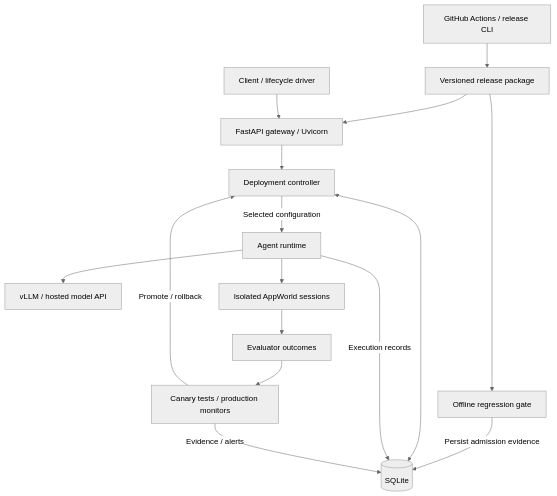
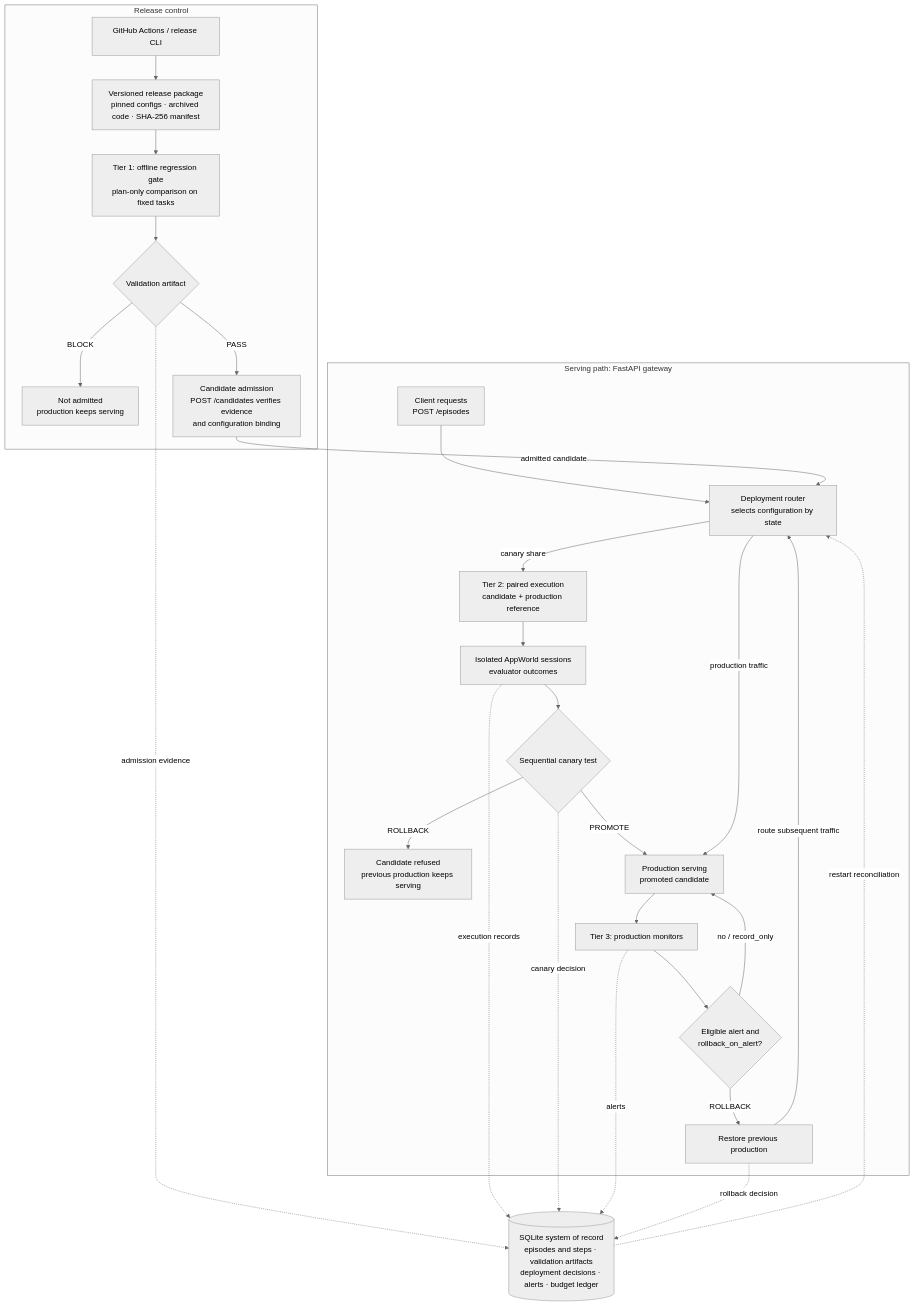
One commit to sathviknookala/llm-behavior-ci changed the diagram in README.md. Above: the diagram before and after it, drawn with Mermaid (neutral theme). The commit also changed other lines of this file, not shown here.

Commit message:
Lead the README with the real three-tier demonstrations: the core stack sits under the title, the architecture diagram shows PASS/BLOCK admission, canary PROMOTE/ROLLBACK, policy-controlled post-promotion rollback, routing after recovery and SQLite as the system of record with restart reconciliation, and the validation table reports the GLM-5.3 gate BLOCK, the test-admitted 12-pair canary, the seven-episode Tier 3 CUSUM alert, synthetic post-promotion rollback and GitHub CI, with the Sonnet pilot kept as runtime-integration evidence

````diff
--- a/README.md
+++ b/README.md
@@ -19,18 +25,35 @@
 ```mermaid
 flowchart TD
-    CI["GitHub Actions / release CLI"] --> R["Versioned release package"]
-    R --> G["Offline regression gate"]
-    G -->|"Persist admission evidence"| DB[("SQLite")]
-    R --> S["FastAPI gateway / Uvicorn"]
-    C["Client / lifecycle driver"] --> S
-    S --> D["Deployment controller"]
-    D -->|"Selected configuration"| A["Agent runtime"]
-    A --> M["vLLM / hosted model API"]
-    A --> W["Isolated AppWorld sessions"]
-    W --> E["Evaluator outcomes"]
-    E --> T["Canary tests / production monitors"]
-    T -->|"Promote / rollback"| D
-    D <--> DB
-    A -->|"Execution records"| DB
-    T -->|"Evidence / alerts"| DB
+    subgraph RC["Release control"]
+        CI["GitHub Actions / release CLI"] --> PKG["Versioned release package<br/>pinned configs · archived code · SHA-256 manifest"]
+        PKG --> GATE["Tier 1: offline regression gate<br/>plan-only comparison on fixed tasks"]
+        GATE --> ART{"Validation artifact"}
+        ART -->|"BLOCK"| HALT["Not admitted<br/>production keeps serving"]
+        ART -->|"PASS"| ADMIT["Candidate admission<br/>POST /candidates verifies evidence<br/>and configuration binding"]
+    end
+
+    subgraph SP["Serving path: FastAPI gateway"]
+        REQ["Client requests<br/>POST /episodes"] --> ROUTER["Deployment router<br/>selects configuration by state"]
+        ROUTER -->|"canary share"| PAIR["Tier 2: paired execution<br/>candidate + production reference"]
+        PAIR --> WORLD["Isolated AppWorld sessions<br/>evaluator outcomes"]
+        WORLD --> SEQ{"Sequential canary test"}
+        SEQ -->|"ROLLBACK"| KEEP["Candidate refused<br/>previous production keeps serving"]
+        SEQ -->|"PROMOTE"| PROD["Production serving<br/>promoted candidate"]
+        ROUTER -->|"production traffic"| PROD
+        PROD --> MON["Tier 3: production monitors"]
+        MON --> POLICY{"Eligible alert and<br/>rollback_on_alert?"}
+        POLICY -->|"no / record_only"| PROD
+        POLICY -->|"ROLLBACK"| RESTORE["Restore previous production"]
+    end
+
+    ADMIT -->|"admitted candidate"| ROUTER
+    RESTORE -->|"route subsequent traffic"| ROUTER
+
+    DB[("SQLite system of record<br/>episodes and steps · validation artifacts<br/>deployment decisions · alerts · budget ledger")]
+    ART -.->|"admission evidence"| DB
+    WORLD -.->|"execution records"| DB
+    SEQ -.->|"canary decision"| DB
+    MON -.->|"alerts"| DB
+    RESTORE -.->|"rollback decision"| DB
+    DB -.->|"restart reconciliation"| ROUTER
 ```
````
